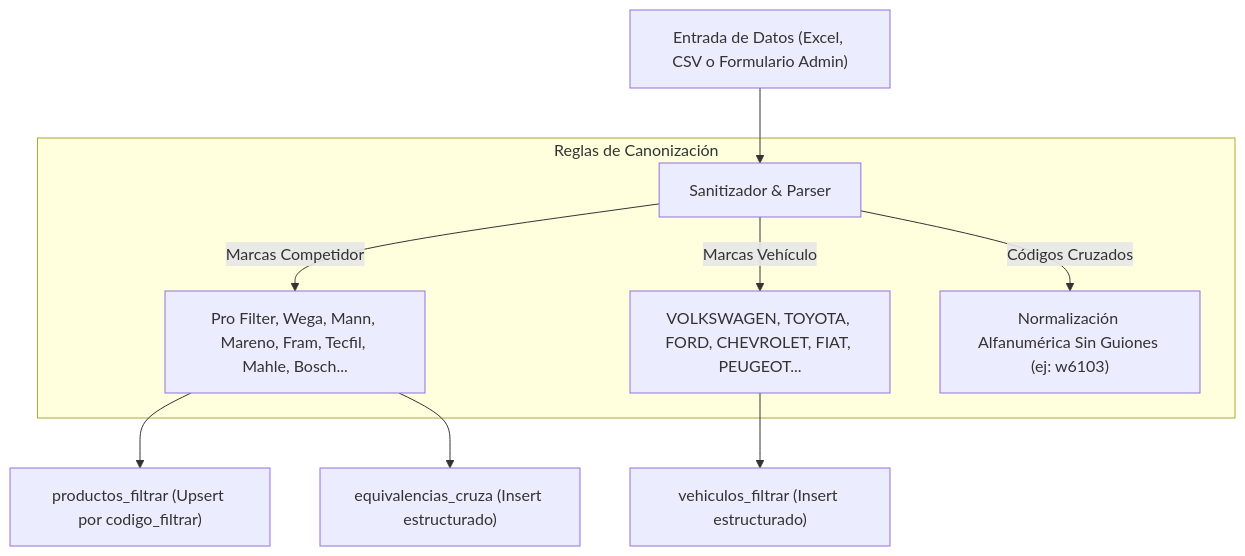
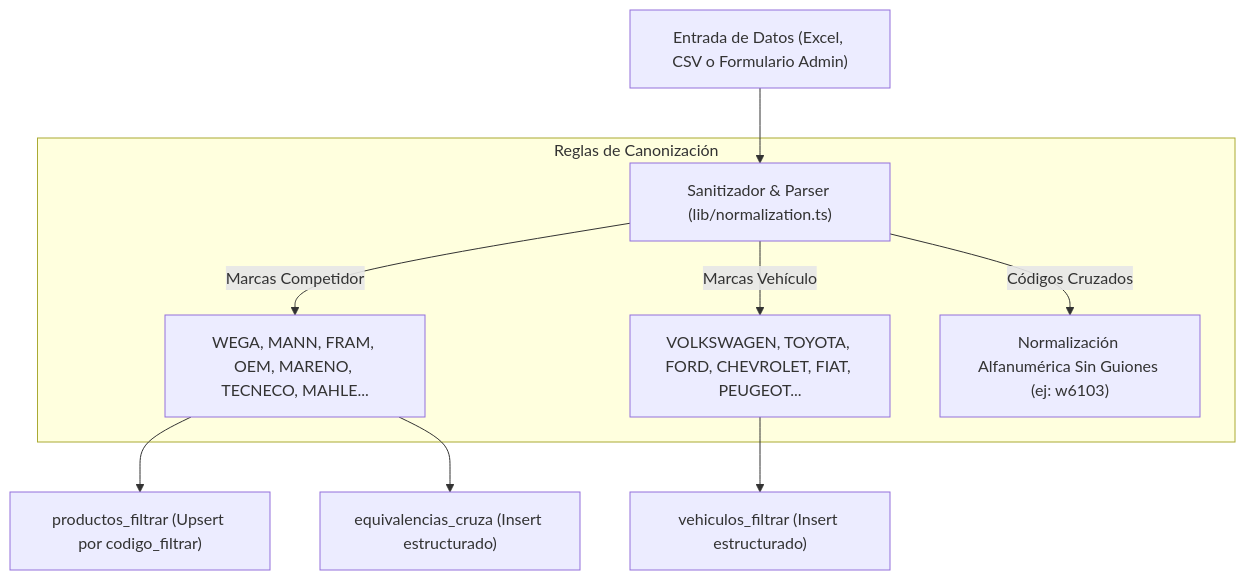
Before and after one commit to FtLukitas/FiltrArCatalogo: the first of 3 diagrams in ARCHITECTURE.md, drawn with Mermaid. The commit also changed other lines of this file and 55 other files, not shown here.

````diff
--- a/ARCHITECTURE.md
+++ b/ARCHITECTURE.md
@@ -18,14 +37,14 @@
 ```mermaid
 graph TD
-    INPUT["Entrada de Datos (Excel, CSV o Formulario Admin)"] --> PARSER["Sanitizador & Parser"]
+    INPUT["Entrada de Datos (Excel, CSV o Formulario Admin)"] --> PARSER["Sanitizador & Parser (lib/normalization.ts)"]
     
     subgraph "Reglas de Canonización"
-        PARSER -->|Marcas Competidor| CANON_COMP["Pro Filter, Wega, Mann, Mareno, Fram, Tecfil, Mahle, Bosch..."]
+        PARSER -->|Marcas Competidor| CANON_COMP["WEGA, MANN, FRAM, OEM, MARENO, TECNECO, MAHLE..."]
         PARSER -->|Marcas Vehículo| CANON_VEH["VOLKSWAGEN, TOYOTA, FORD, CHEVROLET, FIAT, PEUGEOT..."]
         PARSER -->|Códigos Cruzados| CANON_COD["Normalización Alfanumérica Sin Guiones (ej: w6103)"]
     end
     
     CANON_COMP --> UPSERT_PROD["productos_filtrar (Upsert por codigo_filtrar)"]
     CANON_COMP --> INSERT_EQUIV["equivalencias_cruza (Insert estructurado)"]
     CANON_VEH --> INSERT_VEH["vehiculos_filtrar (Insert estructurado)"]
 ```
````
